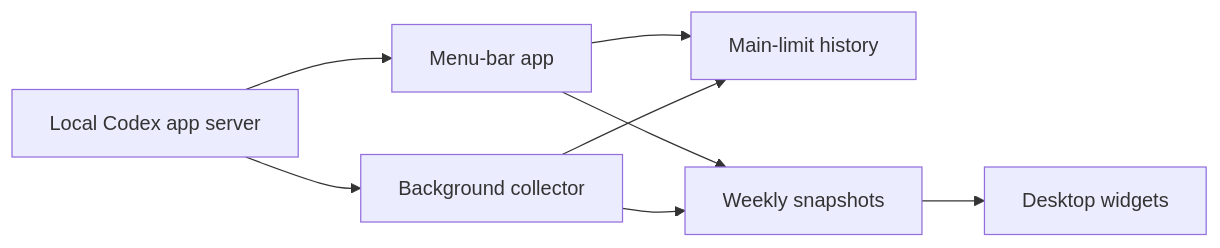
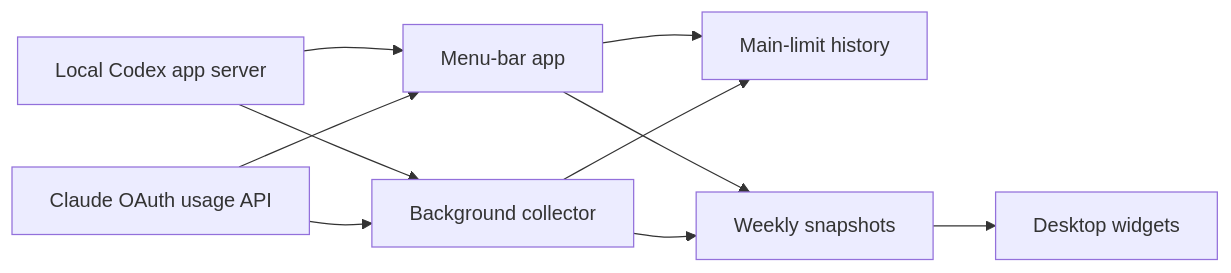
One commit to NSErfan/codex-limits changed the diagram in README.md. Above: the diagram before and after it, drawn with Mermaid. The commit also changed other lines of this file and 52 other files, not shown here.

First line of the commit message:
Add Claude Code usage tracking, login, and widgets

````diff
--- a/README.md
+++ b/README.md
@@ -246,10 +288,12 @@
 ```mermaid
 flowchart LR
     CLI[Local Codex app server] --> App[Menu-bar app]
     CLI --> Collector[Background collector]
+    Claude[Claude OAuth usage API] --> App
+    Claude --> Collector
     App --> History[Main-limit history]
     Collector --> History
     App --> Weekly[Weekly snapshots]
     Collector --> Weekly
     Weekly --> Widgets[Desktop widgets]
 ```
````
